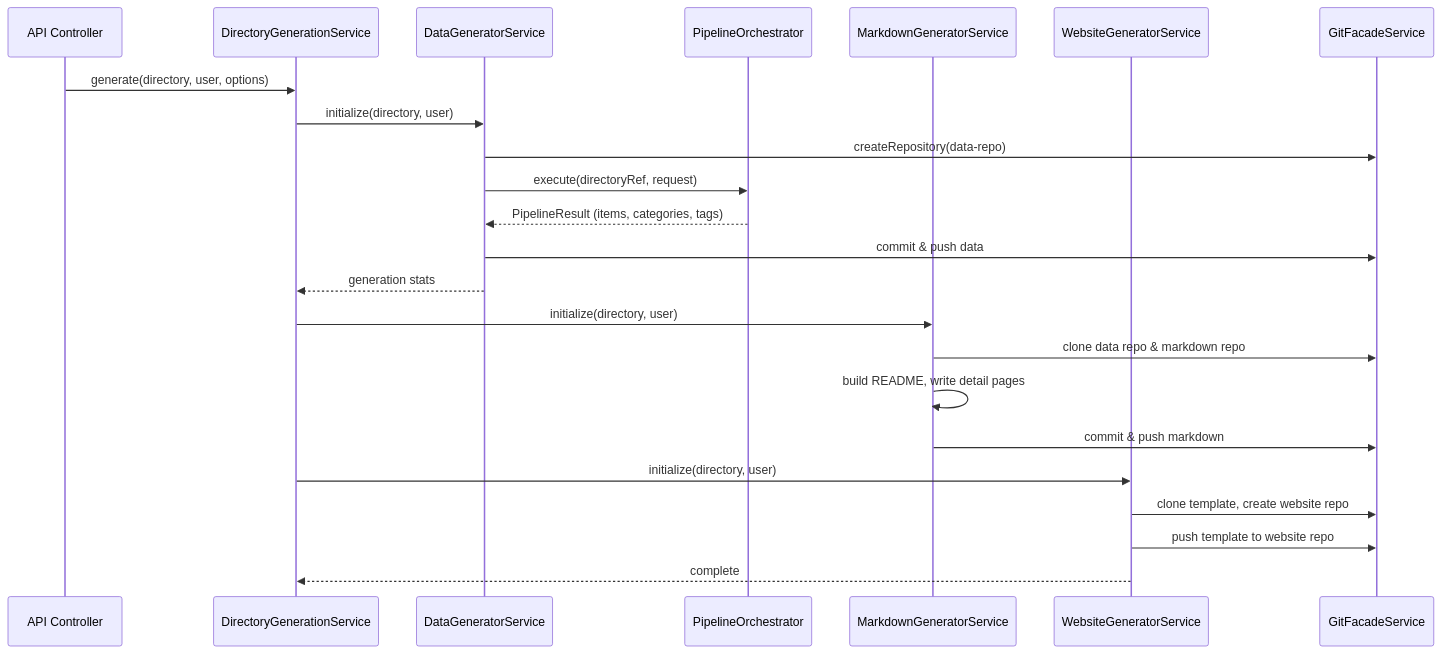
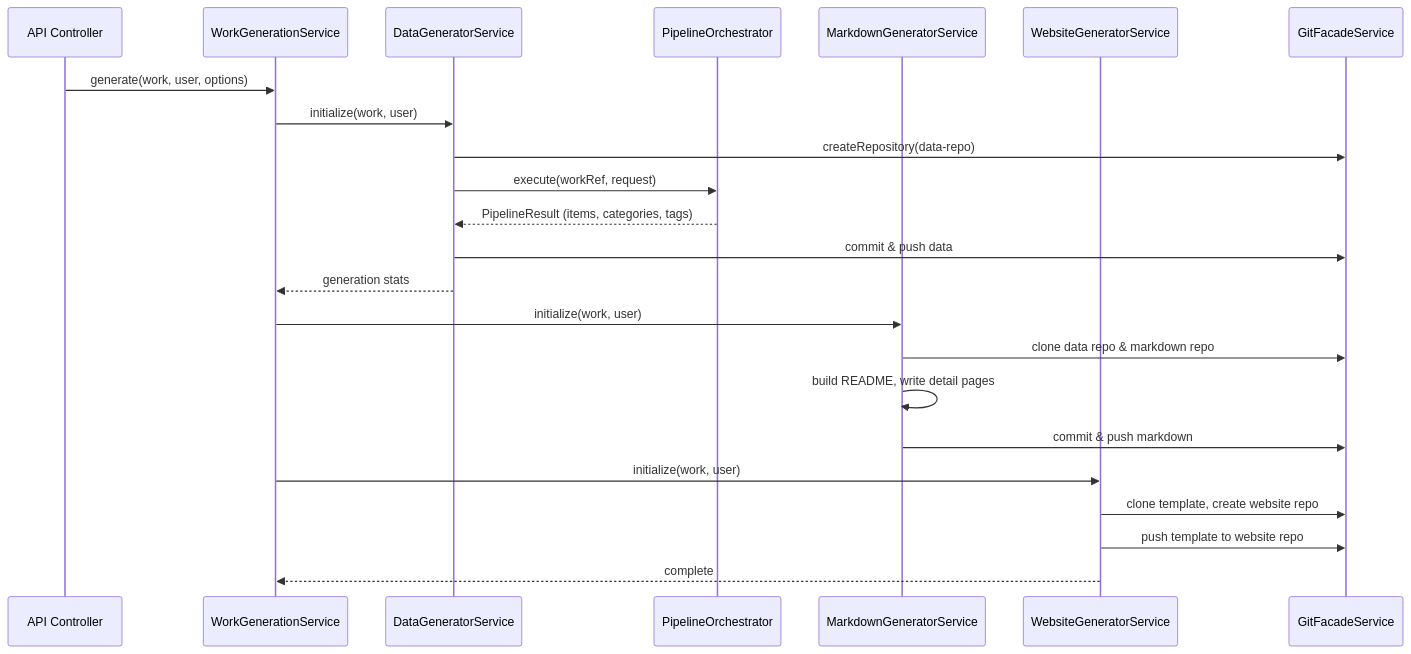
The second of 2 diagrams in docs/architecture/generator-system.md (ever-works/ever-works), drawn with Mermaid before and after one commit. The commit also changed other lines of this file and 395 other files, not shown here.

````diff
--- a/docs/architecture/generator-system.md
+++ b/docs/architecture/generator-system.md
@@ -236,28 +236,28 @@
 ```mermaid
 sequenceDiagram
     participant API as API Controller
-    participant DGS as DirectoryGenerationService
+    participant DGS as WorkGenerationService
     participant DGen as DataGeneratorService
     participant Pipeline as PipelineOrchestrator
     participant MGen as MarkdownGeneratorService
     participant WGen as WebsiteGeneratorService
     participant Git as GitFacadeService
 
-    API->>DGS: generate(directory, user, options)
-    DGS->>DGen: initialize(directory, user)
+    API->>DGS: generate(work, user, options)
+    DGS->>DGen: initialize(work, user)
     DGen->>Git: createRepository(data-repo)
-    DGen->>Pipeline: execute(directoryRef, request)
+    DGen->>Pipeline: execute(workRef, request)
     Pipeline-->>DGen: PipelineResult (items, categories, tags)
     DGen->>Git: commit & push data
     DGen-->>DGS: generation stats
 
-    DGS->>MGen: initialize(directory, user)
+    DGS->>MGen: initialize(work, user)
     MGen->>Git: clone data repo & markdown repo
     MGen->>MGen: build README, write detail pages
     MGen->>Git: commit & push markdown
 
-    DGS->>WGen: initialize(directory, user)
+    DGS->>WGen: initialize(work, user)
     WGen->>Git: clone template, create website repo
     WGen->>Git: push template to website repo
     WGen-->>DGS: complete
 ```
````
